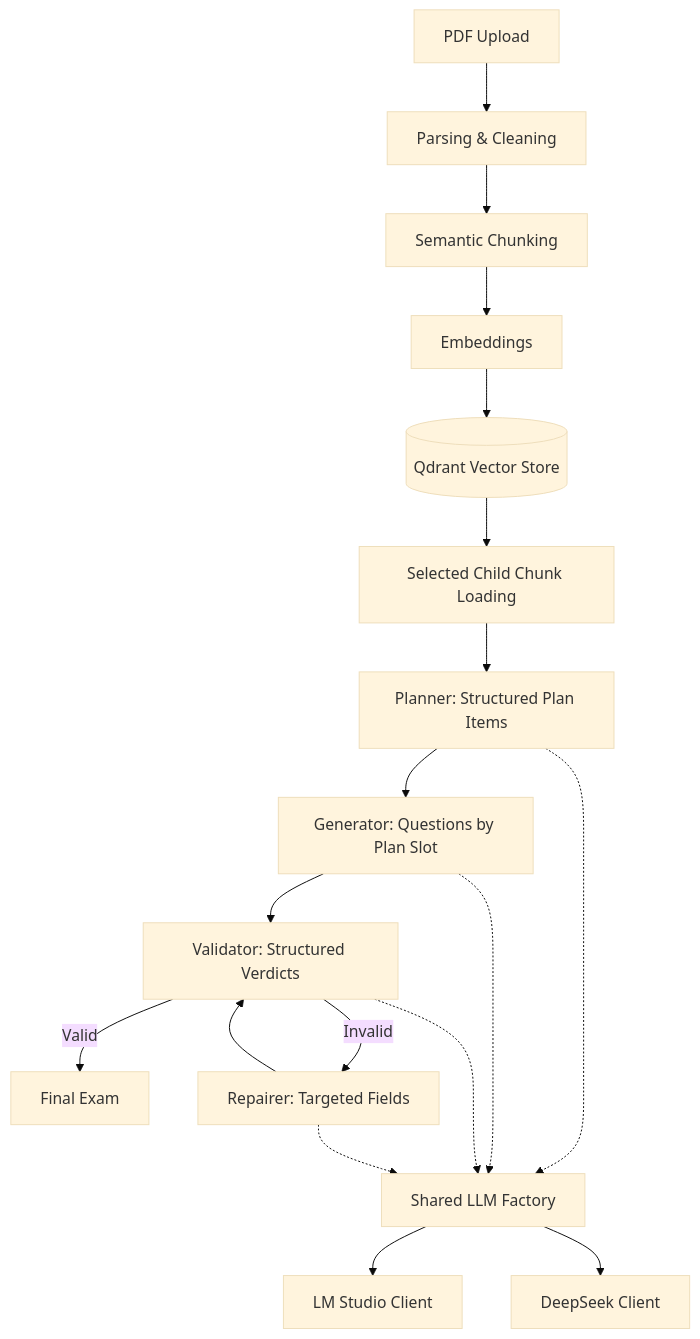
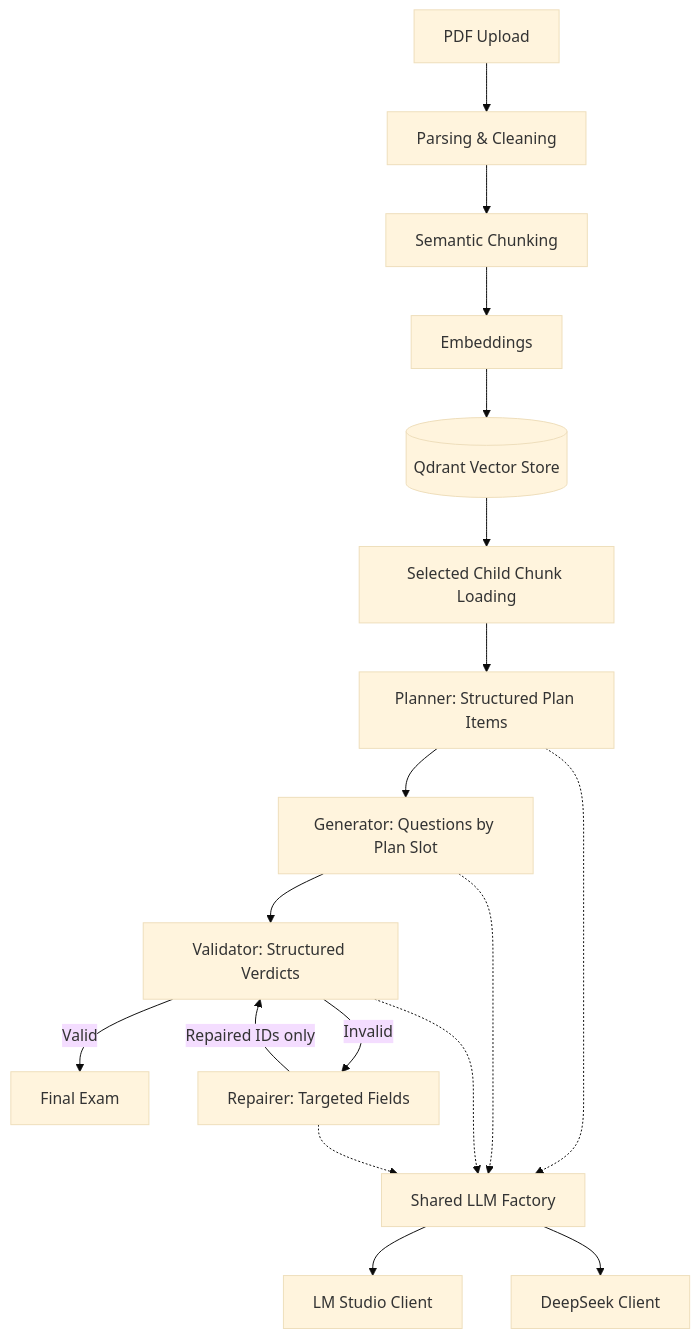
Before and after one commit to AbdelrahmanAlabadla/DraftWork: the diagram in README.md, drawn with Mermaid (base theme). The commit also changed other lines of this file and 4 other files, not shown here.

First line of the commit message:
fix: revalidate only repaired questions

````diff
--- a/README.md
+++ b/README.md
@@ -175,24 +176,23 @@
 ```mermaid id="mz5m42"
 flowchart TD
     A[PDF Upload] --> B[Parsing & Cleaning]
     B --> C[Semantic Chunking]
     C --> D[Embeddings]
     D --> E[(Qdrant Vector Store)]
 
     E --> F[Selected Child Chunk Loading]
     F --> G[Planner: Structured Plan Items]
     G --> H[Generator: Questions by Plan Slot]
     H --> I[Validator: Structured Verdicts]
 
     I -->|Valid| J[Final Exam]
     I -->|Invalid| K[Repairer: Targeted Fields]
-
-    K --> I
+    K -->|Repaired IDs only| I
 
     G -.-> L[Shared LLM Factory]
     H -.-> L
     I -.-> L
     K -.-> L
     L --> M[LM Studio Client]
     L --> N[DeepSeek Client]
 ```
````
